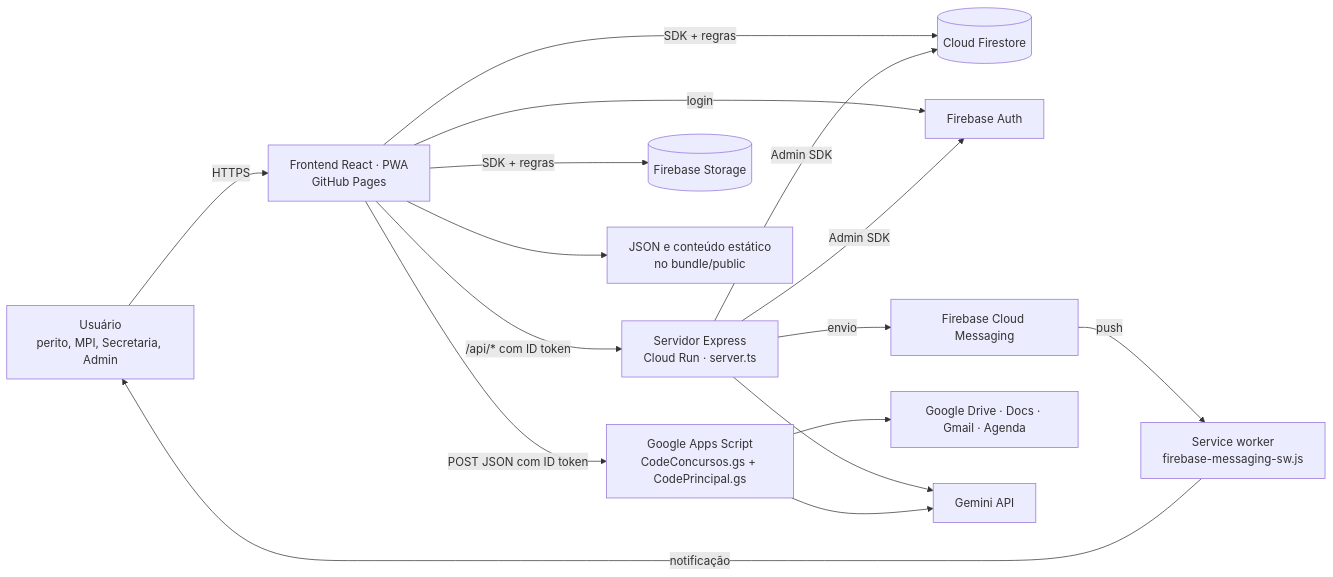
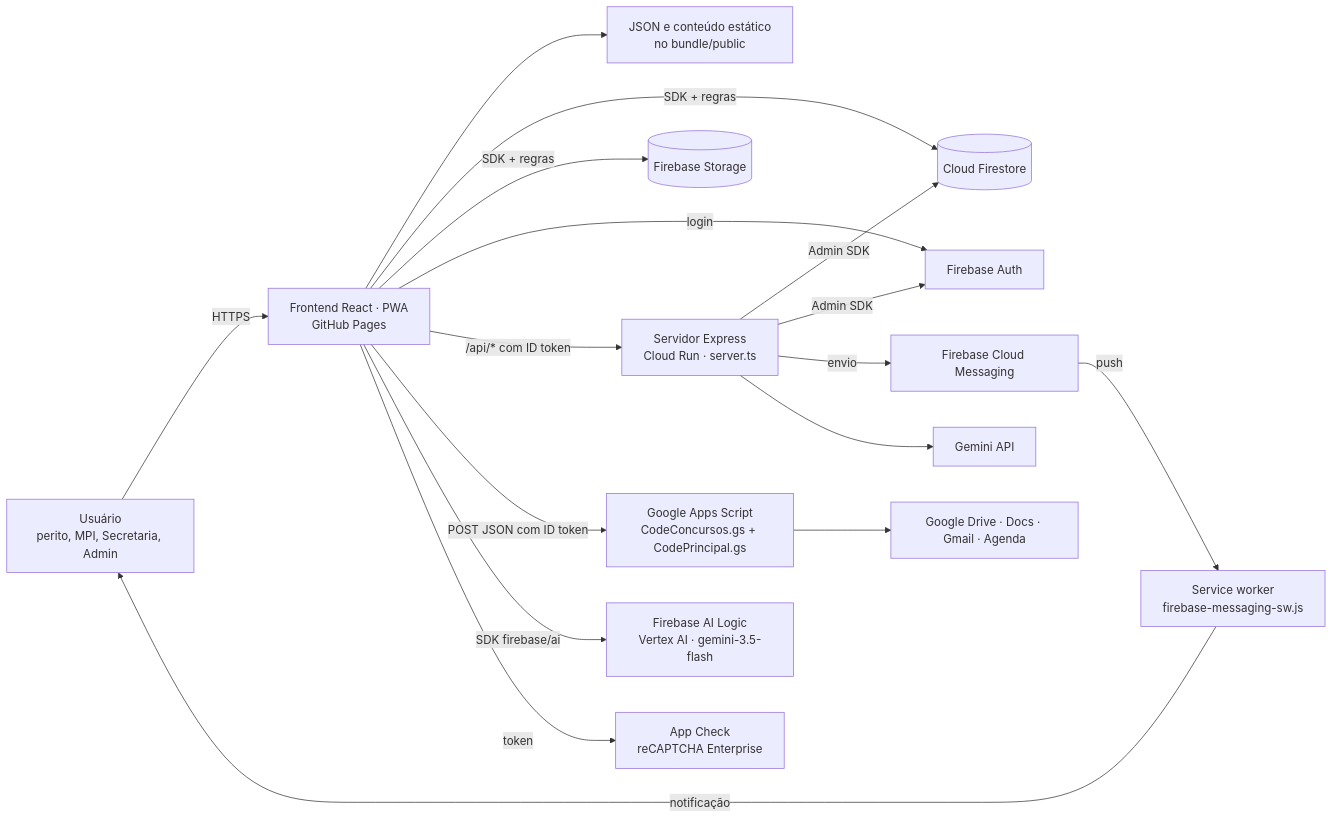
The first of 4 diagrams in docs/architecture.md (Mauriston/DoencasEPareceresJRS), drawn with Mermaid before and after one commit. The commit also changed other lines of this file and 3 other files, not shown here.

````diff
--- a/docs/architecture.md
+++ b/docs/architecture.md
@@ -25,31 +25,34 @@
 ```mermaid
 flowchart LR
     U[Usuário<br/>perito, MPI, Secretaria, Admin]
     FE[Frontend React · PWA<br/>GitHub Pages]
     SW[Service worker<br/>firebase-messaging-sw.js]
     RUN[Servidor Express<br/>Cloud Run · server.ts]
     GAS[Google Apps Script<br/>CodeConcursos.gs + CodePrincipal.gs]
     FS[(Cloud Firestore)]
     ST[(Firebase Storage)]
     AUTH[Firebase Auth]
     FCM[Firebase Cloud Messaging]
     GW[Google Drive · Docs · Gmail · Agenda]
     GEMINI[Gemini API]
+    AIL[Firebase AI Logic<br/>Vertex AI · gemini-3.5-flash]
+    APPCHECK[App Check<br/>reCAPTCHA Enterprise]
     STATIC[JSON e conteúdo estático<br/>no bundle/public]
 
     U -->|HTTPS| FE
     FE --> STATIC
     FE -->|SDK + regras| FS
     FE -->|SDK + regras| ST
     FE -->|login| AUTH
     FE -->|/api/* com ID token| RUN
     FE -->|POST JSON com ID token| GAS
+    FE -->|SDK firebase/ai| AIL
+    FE -->|token| APPCHECK
     RUN -->|Admin SDK| FS
     RUN -->|Admin SDK| AUTH
     RUN -->|envio| FCM
     RUN --> GEMINI
     FCM -->|push| SW
     SW -->|notificação| U
     GAS --> GW
-    GAS --> GEMINI
 ```
````
